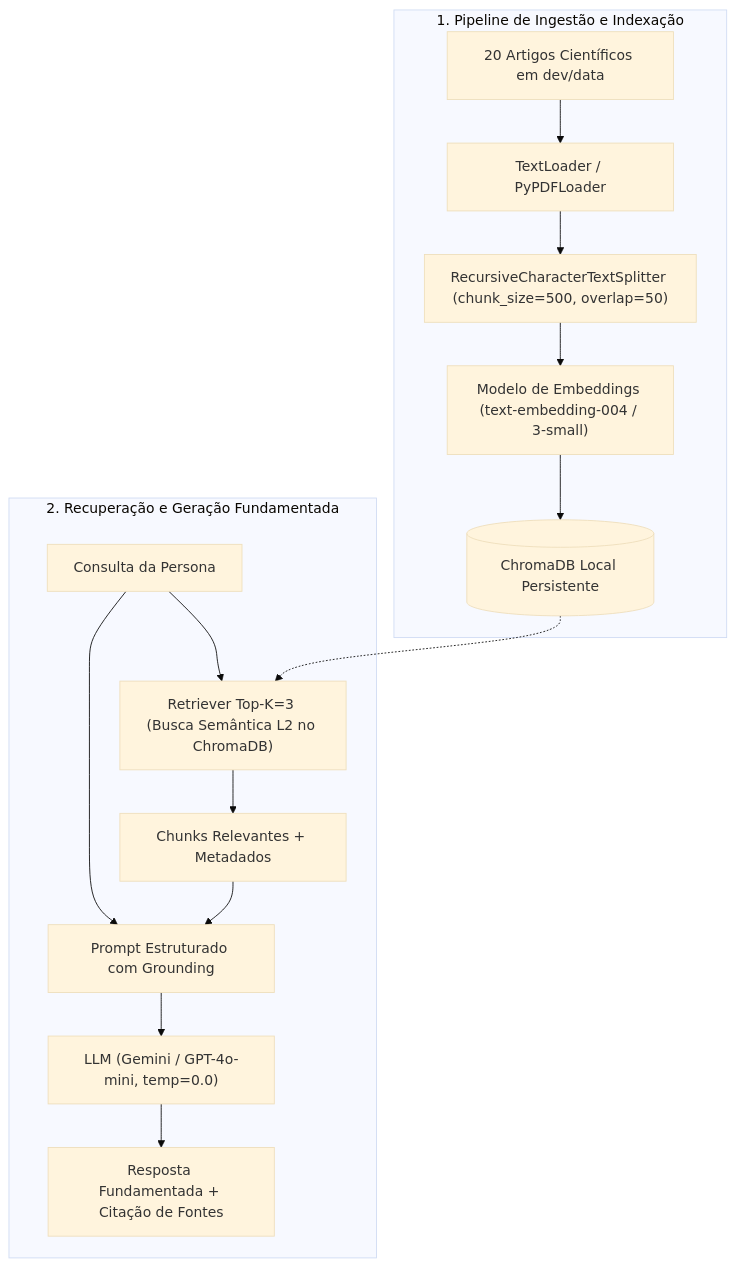
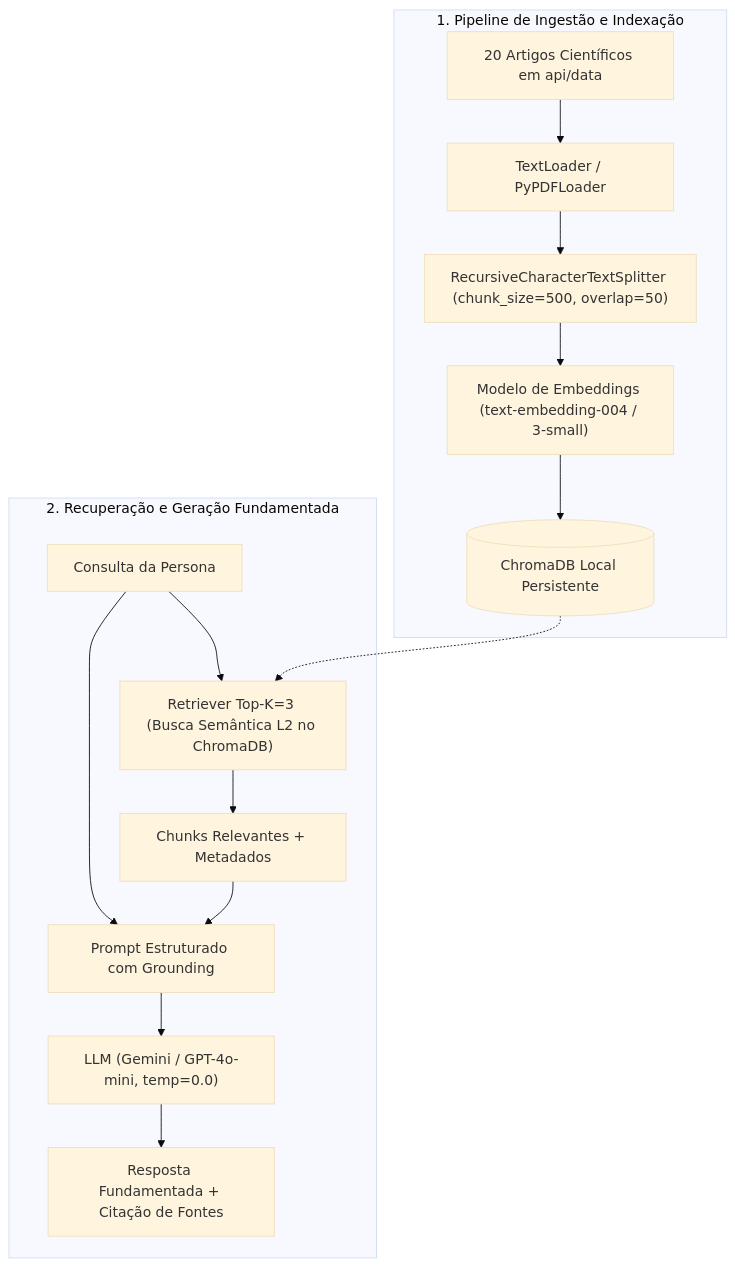
The diagram in README.md (Residencia-em-IA-Challenge-2-Grupo-12/Challenge2-project), drawn with Mermaid (base theme) before and after one commit. The commit also changed other lines of this file and 60 other files, not shown here.

Commit message:
feat(notebook): leva T3 + porteiro ao pipeline e renomeia dev para api

````diff
--- a/README.md
+++ b/README.md
@@ -23,19 +23,19 @@
 ```mermaid
 flowchart TD
     subgraph Ingestao ["1. Pipeline de Ingestão e Indexação"]
-        A["20 Artigos Científicos em dev/data"] --> B["TextLoader / PyPDFLoader"]
+        A["20 Artigos Científicos em api/data"] --> B["TextLoader / PyPDFLoader"]
         B --> C["RecursiveCharacterTextSplitter (chunk_size=500, overlap=50)"]
         C --> D["Modelo de Embeddings (text-embedding-004 / 3-small)"]
         D --> E[("ChromaDB Local Persistente")]
     end
 
     subgraph Recuperacao ["2. Recuperação e Geração Fundamentada"]
         F["Consulta da Persona"] --> G["Retriever Top-K=3 (Busca Semântica L2 no ChromaDB)"]
         E -.-> G
         G --> H["Chunks Relevantes + Metadados"]
         H --> I["Prompt Estruturado com Grounding"]
         F --> I
         I --> J["LLM (Gemini / GPT-4o-mini, temp=0.0)"]
         J --> K["Resposta Fundamentada + Citação de Fontes"]
     end
 ```
````
